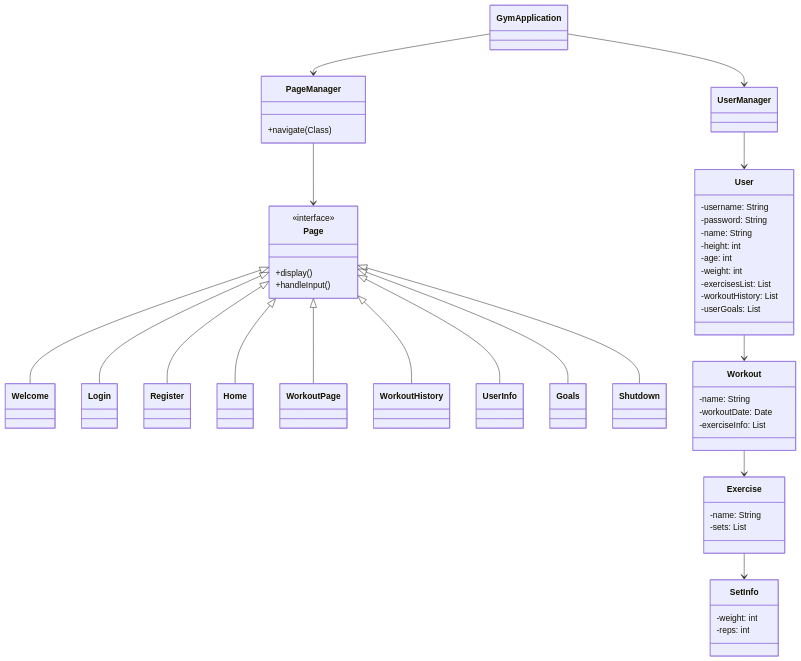
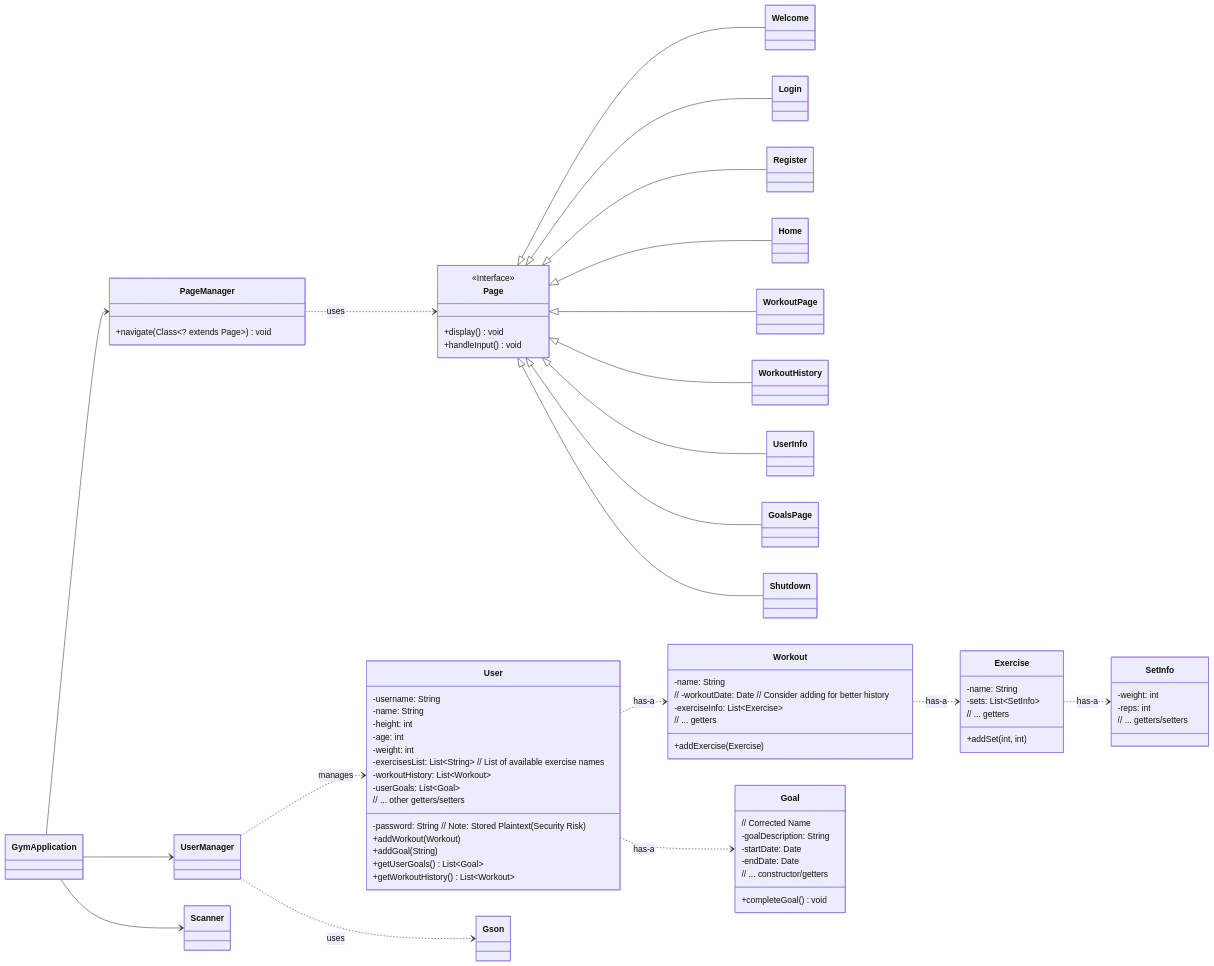
One commit to ethangreeney/GymTracker changed the diagram in README.md. Above: the diagram before and after it, drawn with Mermaid. The commit also changed other lines of this file, not shown here.

````diff
--- a/README.md
+++ b/README.md
@@ -35,60 +43,81 @@
 ```mermaid
 classDiagram
+    direction LR // Optional: Makes diagram flow left-to-right
+
+    GymApplication --> PageManager
     GymApplication --> UserManager
-    GymApplication --> PageManager
-    
-    PageManager --> Page
+    GymApplication --> Scanner
+
+    PageManager ..> Page : uses
+    UserManager ..> User : manages
+    UserManager ..> Gson : uses
+    User ..> Workout : has-a
+    User ..> Goal : has-a
+    Workout ..> Exercise : has-a
+    Exercise ..> SetInfo : has-a
+
+    class Page {
+        <<Interface>>
+        +display() void
+        +handleInput() void
+    }
+
     Page <|-- Welcome
     Page <|-- Login
     Page <|-- Register
     Page <|-- Home
     Page <|-- WorkoutPage
     Page <|-- WorkoutHistory
     Page <|-- UserInfo
-    Page <|-- Goals
+    Page <|-- GoalsPage 
     Page <|-- Shutdown
-    
-    UserManager --> User
-    
-    User --> Workout
-    Workout --> Exercise
-    Exercise --> SetInfo
-    
-    class Page {
-        <<interface>>
-        +display()
-        +handleInput()
-    }
-    
+
     class User {
         -username: String
-        -password: String
+        -password: String // Note: Stored Plaintext (Security Risk)
         -name: String
         -height: int
         -age: int
         -weight: int
-        -exercisesList: List<String>
-        -workoutHistory: List<Workout>
-        -userGoals: List<Goals>
+        -exercisesList: List~String~ // List of available exercise names
+        -workoutHistory: List~Workout~
+        -userGoals: List~Goal~
+        +addWorkout(Workout)
+        +addGoal(String)
+        +getUserGoals() List~Goal~
+        +getWorkoutHistory() List~Workout~
+        // ... other getters/setters
     }
-    
+
     class PageManager {
-        +navigate(Class<? extends Page>)
+         +navigate(Class~? extends Page~) void
     }
-    
+
     class Workout {
         -name: String
-        -workoutDate: Date
-        -exerciseInfo: List<Exercise>
+        // -workoutDate: Date // Consider adding for better history
+        -exerciseInfo: List~Exercise~
+        +addExercise(Exercise)
+        // ... getters
     }
-    
+
     class Exercise {
         -name: String
-        -sets: List<SetInfo>
+        -sets: List~SetInfo~
+        +addSet(int, int)
+        // ... getters
     }
-    
+
     class SetInfo {
         -weight: int
         -reps: int
+        // ... getters/setters
+    }
+     class Goal { // Corrected Name
+        -goalDescription: String
+        -startDate: Date
+        -endDate: Date
+        +completeGoal() void
+        // ... constructor/getters
     }
 ```
````
